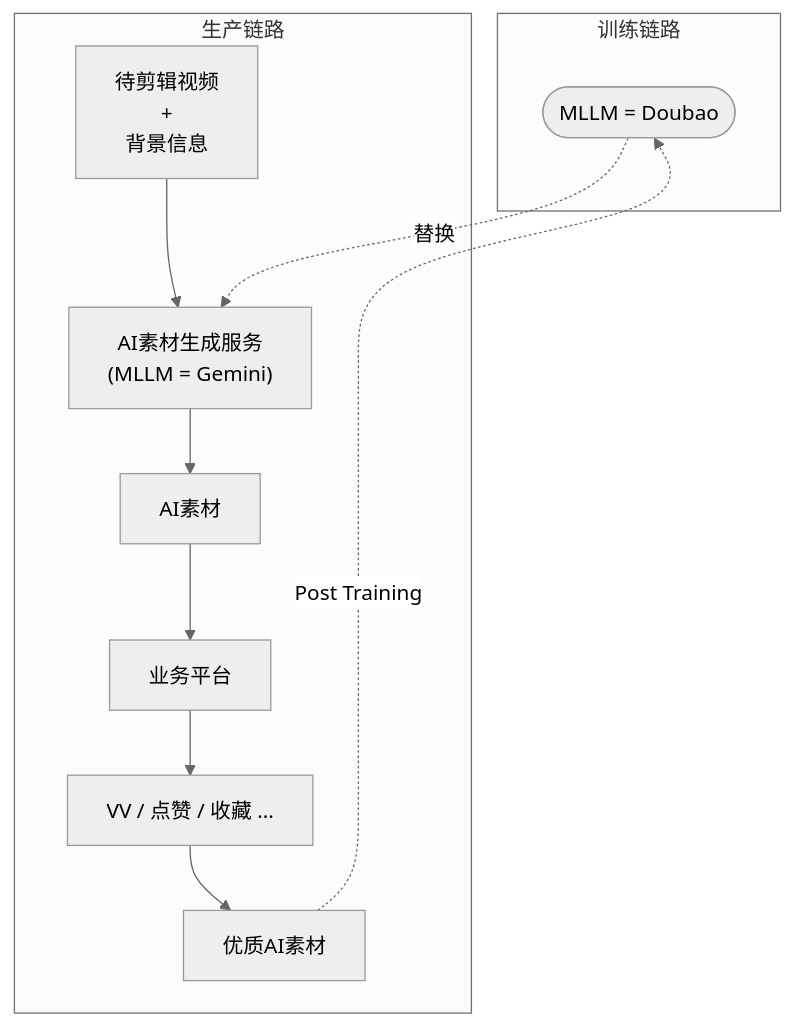
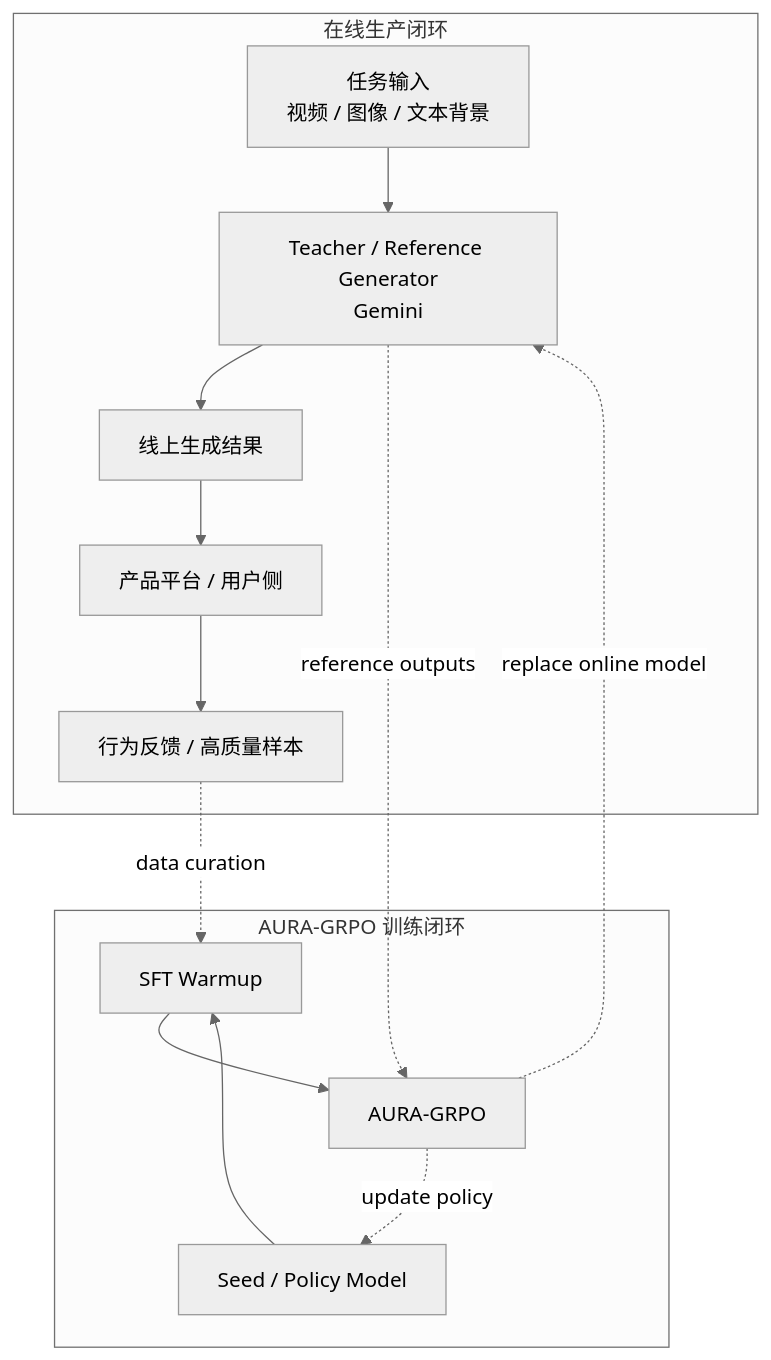
The first of 2 diagrams in README.md (BrenchCC/AURA-GRPO), drawn with Mermaid (neutral theme) before and after one commit. The commit also changed other lines of this file and 1 other file, not shown here.

First line of the commit message:
docs: rename framework to AURA-GRPO and refine README diagrams

````diff
--- a/README.md
+++ b/README.md
@@ -4,40 +4,26 @@
 ```mermaid
 flowchart TB
 
-%% ================= 训练链路 =================
-subgraph training["训练链路"]
-    doubao([MLLM = Doubao])
+subgraph online["在线生产闭环"]
+    input["任务输入<br/>视频 / 图像 / 文本背景"]
+    teacher["Teacher / Reference Generator<br/>Gemini"]
+    output["线上生成结果"]
+    platform["产品平台 / 用户侧"]
+    signal["行为反馈 / 高质量样本"]
+
+    input --> teacher --> output --> platform --> signal
 end
 
+subgraph training["AURA-GRPO 训练闭环"]
+    seed["Seed / Policy Model"]
+    sft["SFT Warmup"]
+    aura["AURA-GRPO"]
 
-%% ================= 生产链路 =================
-subgraph production["生产链路"]
-
-    input["待剪辑视频<br/>+<br/>背景信息"]
-
-    service["AI素材生成服务<br/>(MLLM = Gemini)"]
-
-    material["AI素材"]
-
-    toutiao["业务平台"]
-
-    feedback["VV / 点赞 / 收藏 ..."]
-
-    high_quality["优质AI素材"]
-
-    input --> service
-    service --> material
-    material --> toutiao
-    toutiao --> feedback
-    feedback --> high_quality
-
+    seed --> sft --> aura
 end
 
-
-%% ================= 模型替换 =================
-doubao -. 替换 .-> service
-
-
-%% ================= Post Training 闭环 =================
-high_quality -. Post Training .-> doubao
+signal -. data curation .-> sft
+teacher -. reference outputs .-> aura
+aura -. update policy .-> seed
+aura -. replace online model .-> teacher
 ```
````
